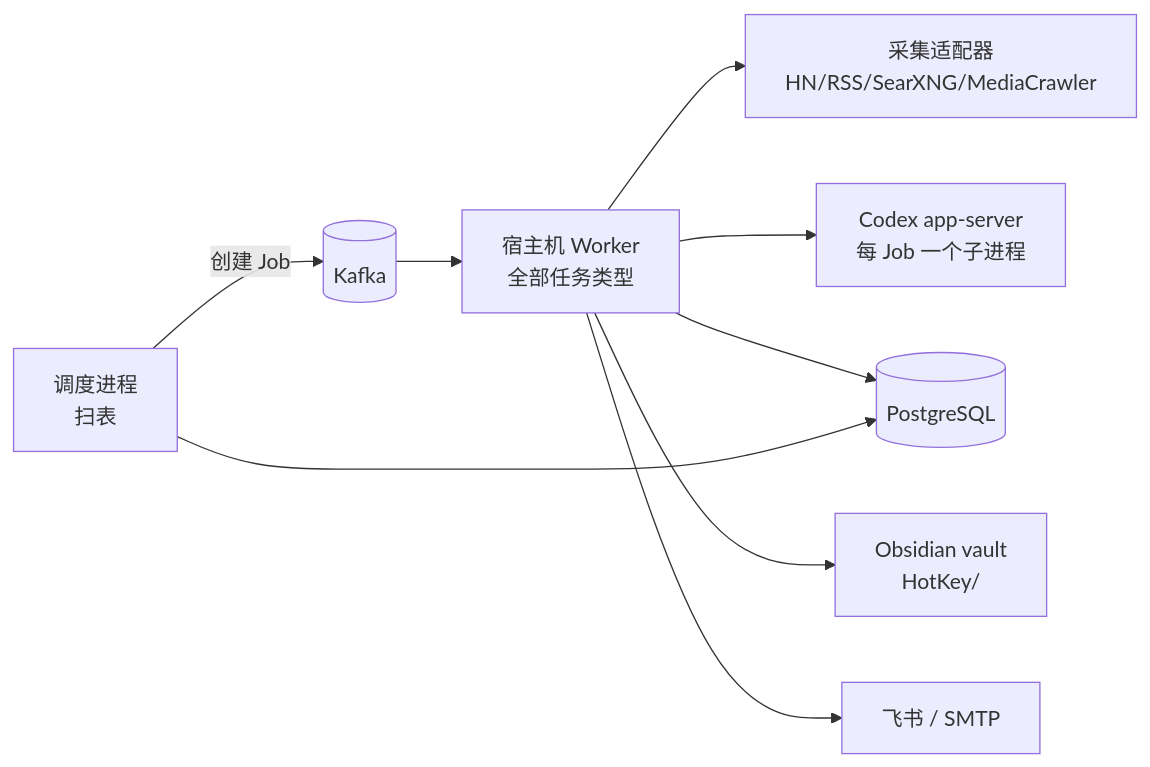
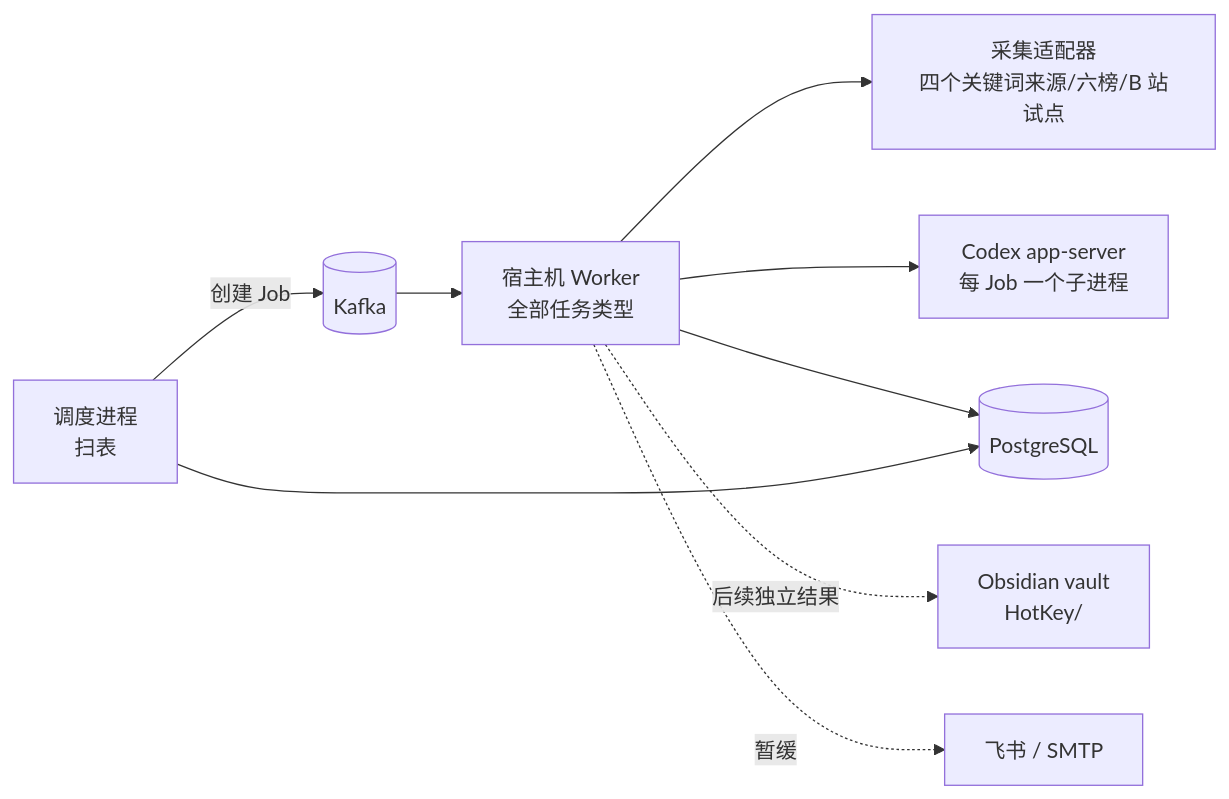
One commit to StephenQiu30/Ripplesight changed the diagram in docs/design/001-热点舆情监控平台总体设计.md. Above: the diagram before and after it, drawn with Mermaid. The commit also changed other lines of this file and 59 other files, not shown here.

````diff
--- a/docs/design/001-热点舆情监控平台总体设计.md
+++ b/docs/design/001-热点舆情监控平台总体设计.md
@@ -62,11 +49,11 @@
 ```mermaid
 flowchart LR
   SCH[调度进程<br/>扫表] -->|创建 Job| K[(Kafka)]
   K --> W[宿主机 Worker<br/>全部任务类型]
-  W --> SRC[采集适配器<br/>HN/RSS/SearXNG/MediaCrawler]
+  W --> SRC[采集适配器<br/>四个关键词来源/六榜/B 站试点]
   W --> AI[Codex app-server<br/>每 Job 一个子进程]
   W --> DB[(PostgreSQL)]
   SCH --> DB
-  W --> OBS[Obsidian vault<br/>HotKey/]
-  W --> PUSH[飞书 / SMTP]
+  W -.后续独立结果.-> OBS[Obsidian vault<br/>HotKey/]
+  W -.暂缓.-> PUSH[飞书 / SMTP]
 ```
````
